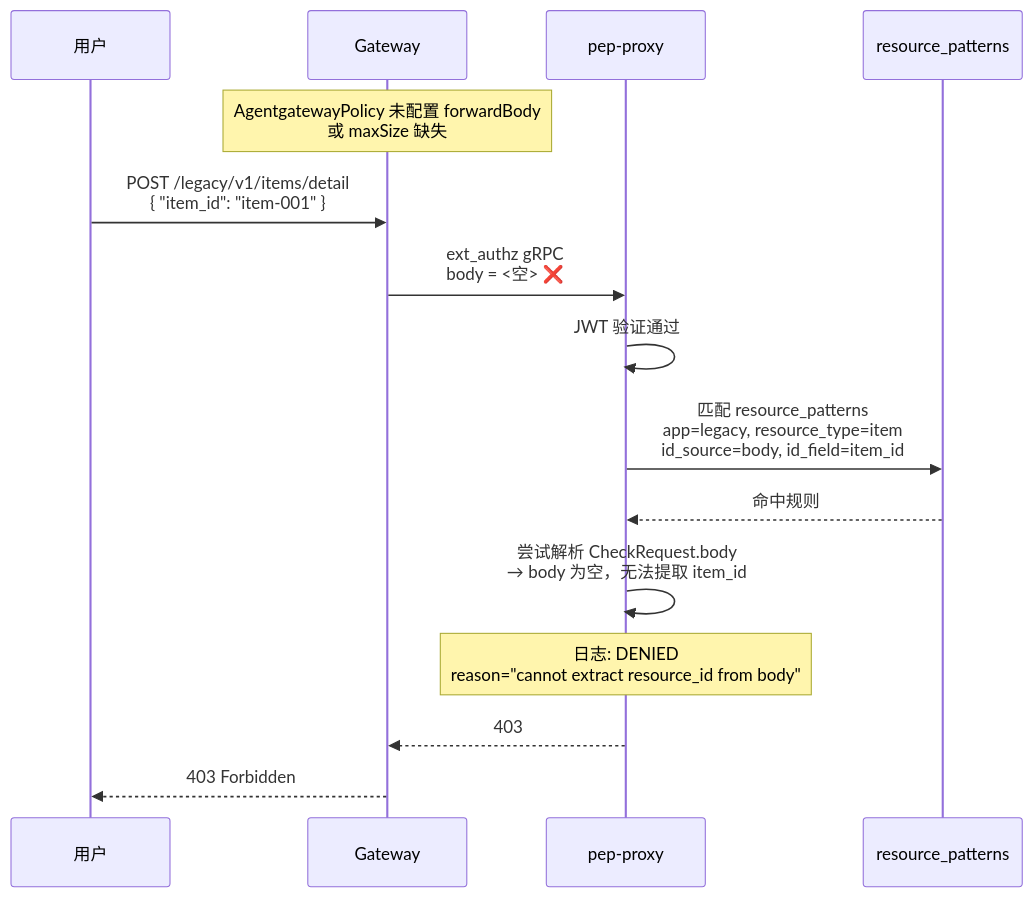
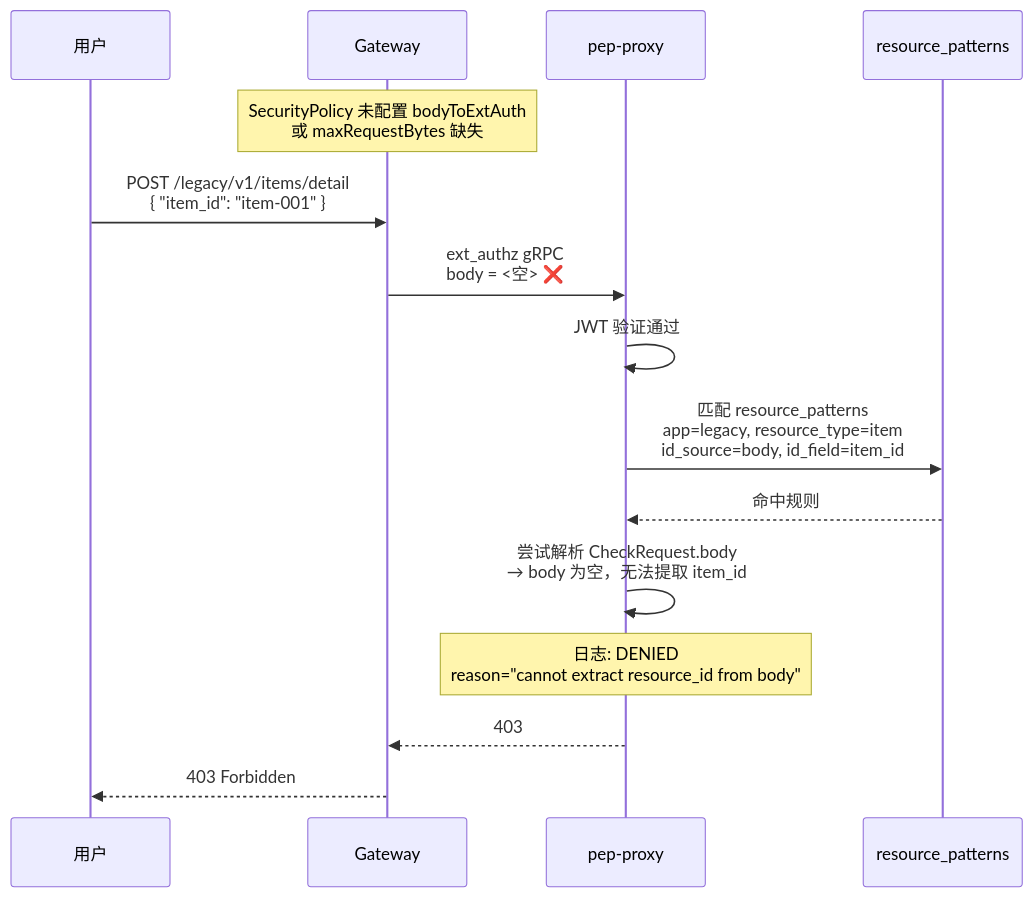
Before and after one commit to xiewanchao/aidp-iam: diagram 13 of 17 in diagrams/failure-scenarios.md, drawn with Mermaid. The commit also changed other lines of this file and 47 other files, not shown here.

````diff
--- a/diagrams/failure-scenarios.md
+++ b/diagrams/failure-scenarios.md
@@ -491,21 +491,21 @@
 ```mermaid
 sequenceDiagram
     participant U as 用户
     participant GW as Gateway
     participant PEP as pep-proxy
     participant DB as resource_patterns
 
-    Note over GW: AgentgatewayPolicy 未配置 forwardBody<br/>或 maxSize 缺失
+    Note over GW: SecurityPolicy 未配置 bodyToExtAuth<br/>或 maxRequestBytes 缺失
     U->>GW: POST /legacy/v1/items/detail<br/>{ "item_id": "item-001" }
     GW->>PEP: ext_authz gRPC<br/>body = <空> ❌
 
     PEP->>PEP: JWT 验证通过
     PEP->>DB: 匹配 resource_patterns<br/>app=legacy, resource_type=item<br/>id_source=body, id_field=item_id
     DB-->>PEP: 命中规则
 
     PEP->>PEP: 尝试解析 CheckRequest.body<br/>→ body 为空，无法提取 item_id
     Note over PEP: 日志: DENIED<br/>reason="cannot extract resource_id from body"
 
     PEP-->>GW: 403
     GW-->>U: 403 Forbidden
 ```
````
